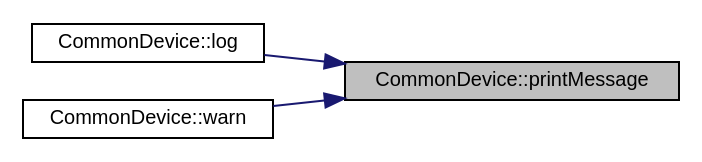
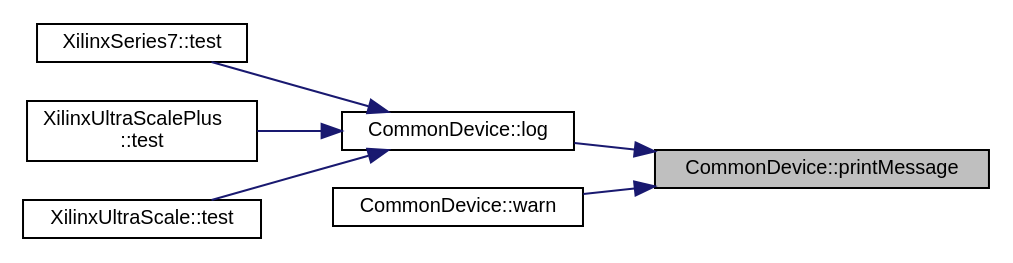
One commit to FPGA-Research-Manchester/byteman changed the diagram in classCommonDevice_af047ea6fd9b60bae9fcc94a7d8859657_icgraph.dot. Above: the diagram before and after it, drawn with Graphviz. The commit also changed 257 other files, not shown here.

```diff
--- a/classCommonDevice_af047ea6fd9b60bae9fcc94a7d8859657_icgraph.dot
+++ b/classCommonDevice_af047ea6fd9b60bae9fcc94a7d8859657_icgraph.dot
@@ -1,13 +1,19 @@
 digraph "CommonDevice::printMessage"
 {
  // INTERACTIVE_SVG=YES
  // LATEX_PDF_SIZE
   edge [fontname="Helvetica",fontsize="10",labelfontname="Helvetica",labelfontsize="10"];
   node [fontname="Helvetica",fontsize="10",shape=record];
   rankdir="RL";
   Node1 [label="CommonDevice::printMessage",height=0.2,width=0.4,color="black", fillcolor="grey75", style="filled", fontcolor="black",tooltip=" "];
   Node1 -> Node2 [dir="back",color="midnightblue",fontsize="10",style="solid",fontname="Helvetica"];
   Node2 [label="CommonDevice::log",height=0.2,width=0.4,color="black", fillcolor="white", style="filled",URL="$classCommonDevice.html#aa42337dfb4b5ff34a063c2145ab87478",tooltip=" "];
-  Node1 -> Node3 [dir="back",color="midnightblue",fontsize="10",style="solid",fontname="Helvetica"];
-  Node3 [label="CommonDevice::warn",height=0.2,width=0.4,color="black", fillcolor="white", style="filled",URL="$classCommonDevice.html#aff50b99a44e085a1edb93cc9be817b8f",tooltip=" "];
+  Node2 -> Node3 [dir="back",color="midnightblue",fontsize="10",style="solid",fontname="Helvetica"];
+  Node3 [label="XilinxSeries7::test",height=0.2,width=0.4,color="black", fillcolor="white", style="filled",URL="$classXilinxSeries7.html#a73abeaae240b21bea1673ef733d78944",tooltip=" "];
+  Node2 -> Node4 [dir="back",color="midnightblue",fontsize="10",style="solid",fontname="Helvetica"];
+  Node4 [label="XilinxUltraScalePlus\l::test",height=0.2,width=0.4,color="black", fillcolor="white", style="filled",URL="$classXilinxUltraScalePlus.html#a2598890121398b39d82ad1d14f947ecc",tooltip=" "];
+  Node2 -> Node5 [dir="back",color="midnightblue",fontsize="10",style="solid",fontname="Helvetica"];
+  Node5 [label="XilinxUltraScale::test",height=0.2,width=0.4,color="black", fillcolor="white", style="filled",URL="$classXilinxUltraScale.html#a3e4be4a980b2530bc05f0bc5d625db64",tooltip=" "];
+  Node1 -> Node6 [dir="back",color="midnightblue",fontsize="10",style="solid",fontname="Helvetica"];
+  Node6 [label="CommonDevice::warn",height=0.2,width=0.4,color="black", fillcolor="white", style="filled",URL="$classCommonDevice.html#aff50b99a44e085a1edb93cc9be817b8f",tooltip=" "];
 }
```
